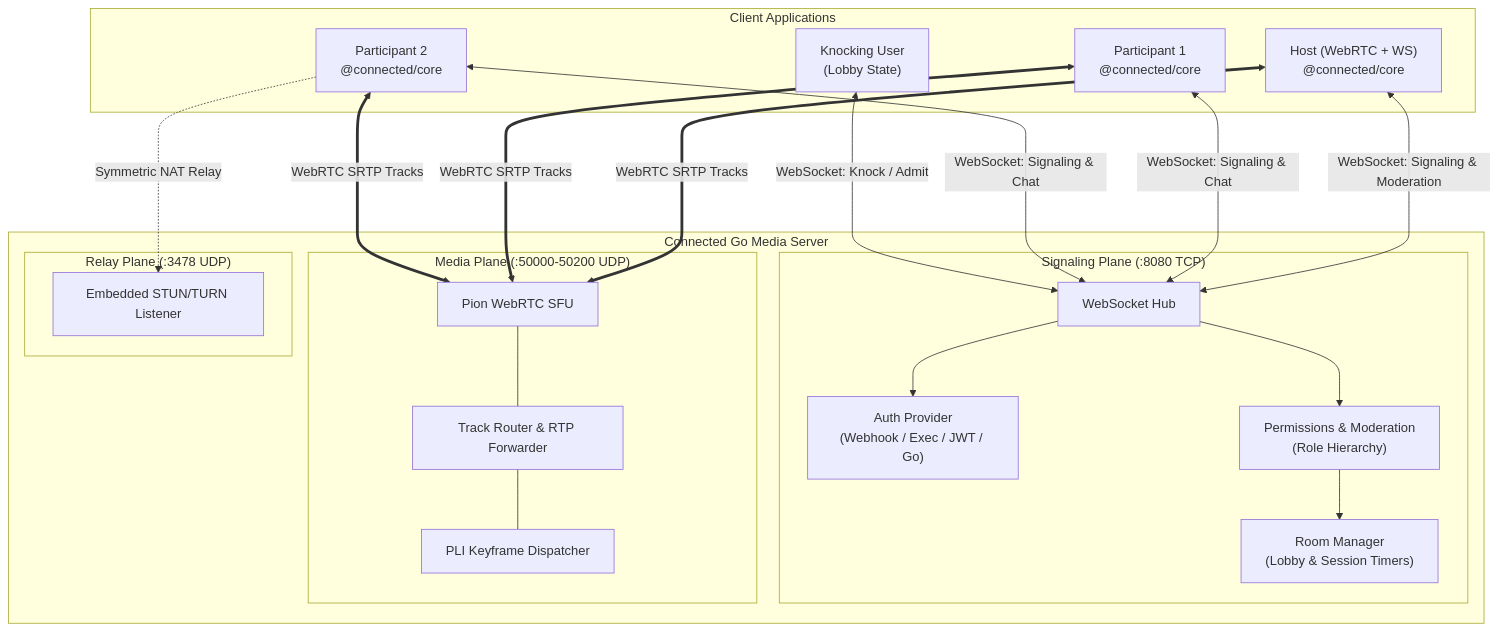
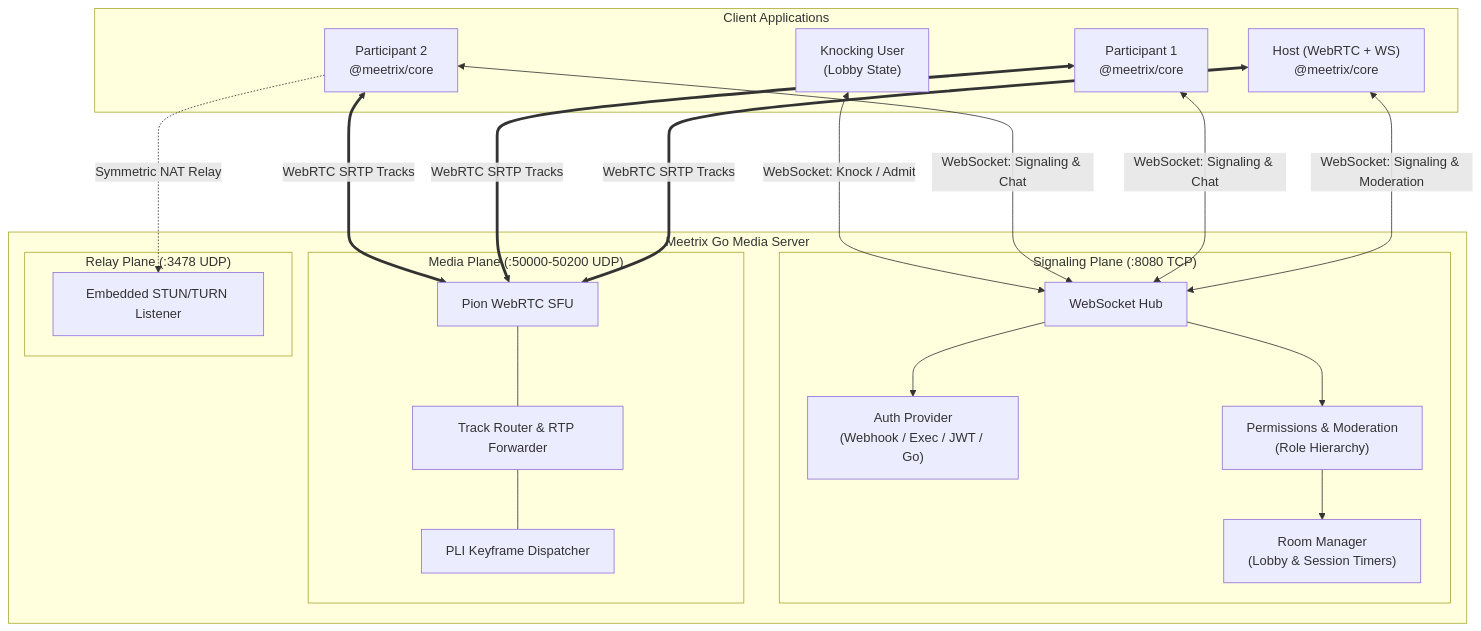
The diagram in docs/index.md (IsmaCortGtz/meetrix), drawn with Mermaid before and after one commit. The commit also changed other lines of this file and 97 other files, not shown here.

````diff
--- a/docs/index.md
+++ b/docs/index.md
@@ -47,45 +47,45 @@
 ```mermaid
 flowchart TB
     subgraph Clients["Client Applications"]
-        Host["Host (WebRTC + WS)<br/>@connected/core"]
-        User1["Participant 1<br/>@connected/core"]
-        User2["Participant 2<br/>@connected/core"]
+        Host["Host (WebRTC + WS)<br/>@meetrix/core"]
+        User1["Participant 1<br/>@meetrix/core"]
+        User2["Participant 2<br/>@meetrix/core"]
         Lobby["Knocking User<br/>(Lobby State)"]
     end
 
-    subgraph Server["Connected Go Media Server"]
+    subgraph Server["Meetrix Go Media Server"]
         subgraph Signaling["Signaling Plane (:8080 TCP)"]
             WSHub["WebSocket Hub"]
             Auth["Auth Provider<br/>(Webhook / Exec / JWT / Go)"]
             Perms["Permissions & Moderation<br/>(Role Hierarchy)"]
             RoomMgr["Room Manager<br/>(Lobby & Session Timers)"]
         end
 
         subgraph Media["Media Plane (:50000-50200 UDP)"]
             SFU["Pion WebRTC SFU"]
             TrackRouter["Track Router & RTP Forwarder"]
             PLICache["PLI Keyframe Dispatcher"]
         end
 
         subgraph Relay["Relay Plane (:3478 UDP)"]
             TURN["Embedded STUN/TURN Listener"]
         end
     end
 
     Host <-->|WebSocket: Signaling & Moderation| WSHub
     User1 <-->|WebSocket: Signaling & Chat| WSHub
     User2 <-->|WebSocket: Signaling & Chat| WSHub
     Lobby <-->|WebSocket: Knock / Admit| WSHub
 
     WSHub --> Auth
     WSHub --> Perms
     Perms --> RoomMgr
 
     Host <===>|WebRTC SRTP Tracks| SFU
     User1 <===>|WebRTC SRTP Tracks| SFU
     User2 <===>|WebRTC SRTP Tracks| SFU
 
     SFU --- TrackRouter
     TrackRouter --- PLICache
     User2 -.->|Symmetric NAT Relay| TURN
 ```
````
